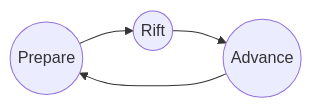
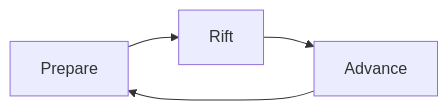
One commit to Wanderers-Of-The-Rift/wotr-docs changed the first of 6 diagrams in website/docs/design/GameDesignDocument.mdx. Above: the diagram before and after it, drawn with Mermaid. The commit also changed other lines of this file, not shown here.

````diff
--- a/website/docs/design/GameDesignDocument.mdx
+++ b/website/docs/design/GameDesignDocument.mdx
@@ -68,6 +68,5 @@
 ```mermaid
 flowchart LR
-    classDef sameSize width:100px,height:100px,text-align:center;
-    A((Prepare)):::sameSize --> B((Rift)):::sameSize --> C((Advance)):::sameSize
+    A[Prepare] --> B[Rift] --> C[Advance]
     C --> A
 ```
````
